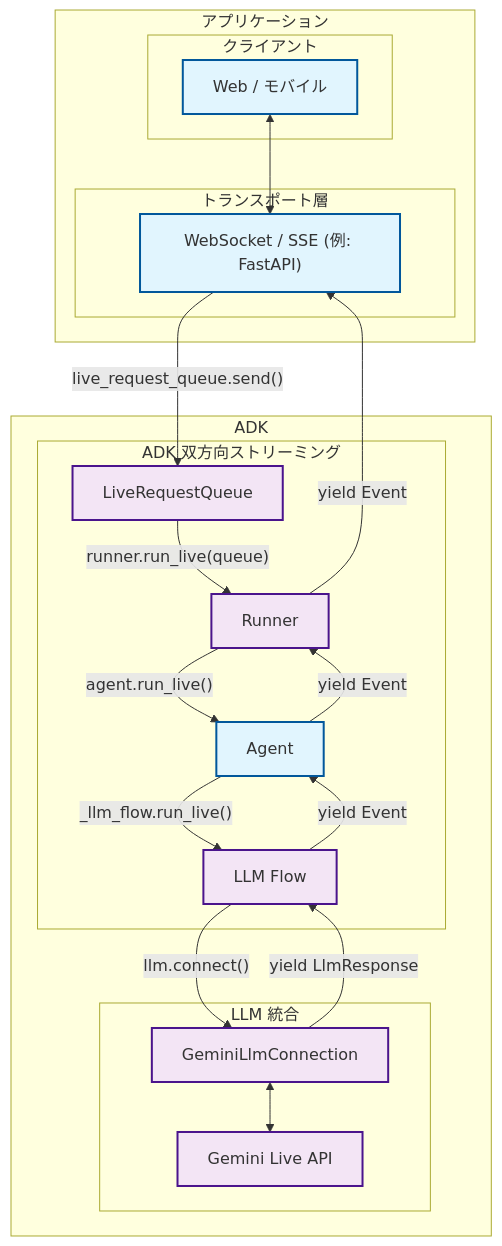
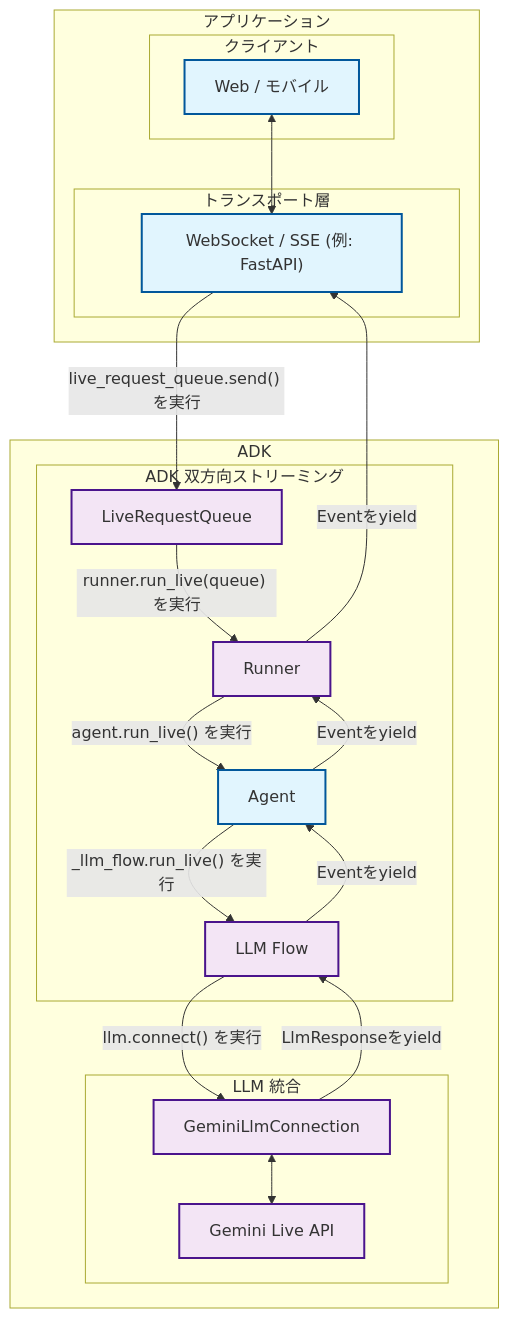
One commit to adk-labs/adk-docs changed the second of 2 diagrams in docs/ja/streaming/dev-guide/part1.md. Above: the diagram before and after it, drawn with Mermaid. The commit also changed other lines of this file and 37 other files, not shown here.

````diff
--- a/docs/ja/streaming/dev-guide/part1.md
+++ b/docs/ja/streaming/dev-guide/part1.md
@@ -94,44 +102,44 @@
 ```mermaid
 graph TB
     subgraph "アプリケーション"
         subgraph "クライアント"
             C1["Web / モバイル"]
         end
 
         subgraph "トランスポート層"
             T1["WebSocket / SSE (例: FastAPI)"]
         end
     end
 
     subgraph "ADK"
         subgraph "ADK 双方向ストリーミング"
             L1[LiveRequestQueue]
             L2[Runner]
             L3[Agent]
             L4[LLM Flow]
         end
 
         subgraph "LLM 統合"
             G1[GeminiLlmConnection]
             G2[Gemini Live API]
         end
     end
 
     C1 <--> T1
-    T1 -->|"live_request_queue.send()"| L1
-    L1 -->|"runner.run_live(queue)"| L2
-    L2 -->|"agent.run_live()"| L3
-    L3 -->|"_llm_flow.run_live()"| L4
-    L4 -->|"llm.connect()"| G1
+    T1 -->|"live_request_queue.send() を実行"| L1
+    L1 -->|"runner.run_live(queue) を実行"| L2
+    L2 -->|"agent.run_live() を実行"| L3
+    L3 -->|"_llm_flow.run_live() を実行"| L4
+    L4 -->|"llm.connect() を実行"| G1
     G1 <--> G2
-    G1 -->|"yield LlmResponse"| L4
-    L4 -->|"yield Event"| L3
-    L3 -->|"yield Event"| L2
-    L2 -->|"yield Event"| T1
+    G1 -->|"LlmResponseをyield"| L4
+    L4 -->|"Eventをyield"| L3
+    L3 -->|"Eventをyield"| L2
+    L2 -->|"Eventをyield"| T1
 
     classDef external fill:#e1f5fe,stroke:#01579b,stroke-width:2px
     classDef adk fill:#f3e5f5,stroke:#4a148c,stroke-width:2px
 
     class C1,T1,L3 external
     class L1,L2,L4,G1,G2 adk
 ```
````
